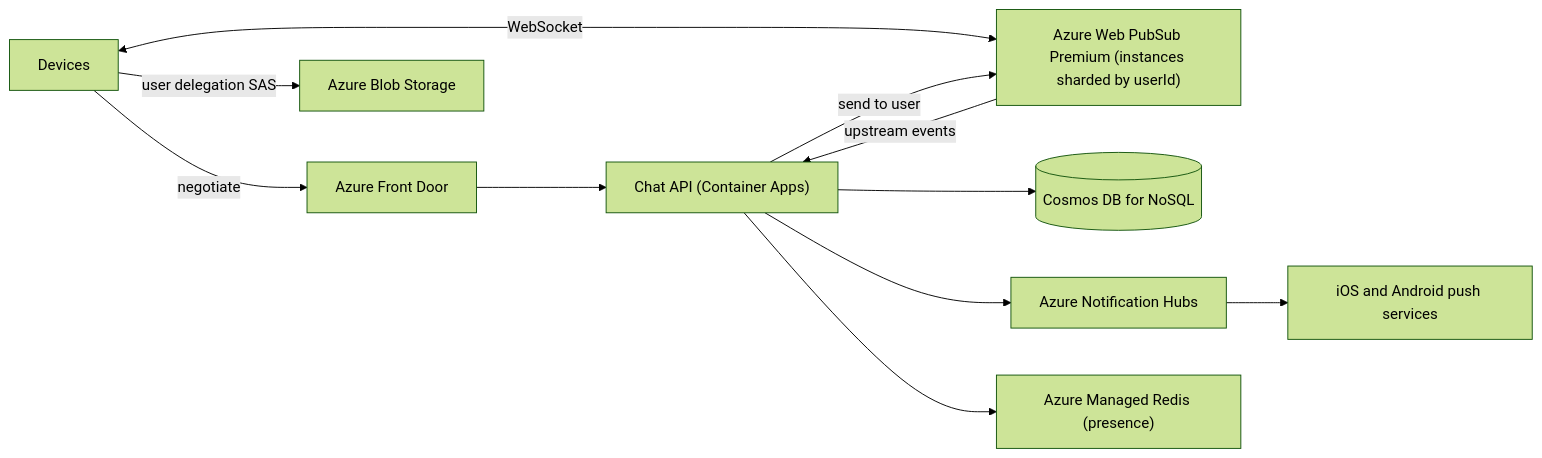
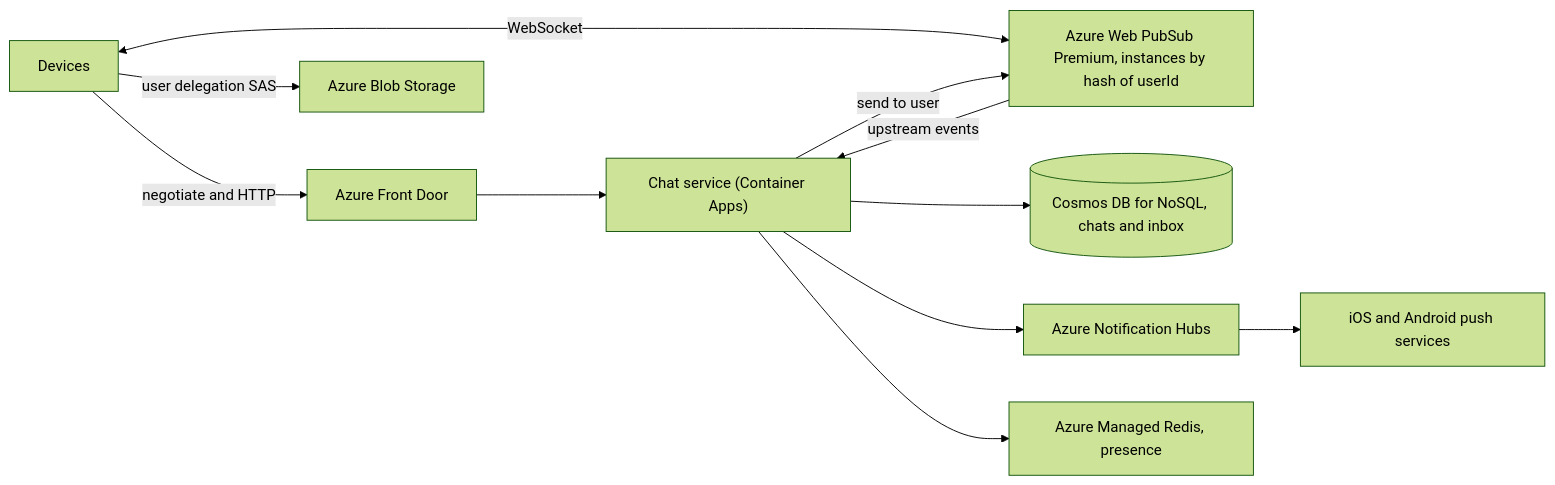
The tenth of 10 diagrams in docs/06-case-studies/chat-messaging.md (spabolu/system-design-modern), drawn with Mermaid (forest theme) before and after one commit. The commit also changed other lines of this file, not shown here.

Commit message:
Rewrite chat messaging case study as a mock interview

````diff
--- a/docs/06-case-studies/chat-messaging.md
+++ b/docs/06-case-studies/chat-messaging.md
@@ -144,13 +346,13 @@
 ```mermaid
 flowchart LR
-  D[Devices] -->|negotiate| FD[Azure Front Door]
-  FD --> API["Chat API (Container Apps)"]
-  D <-->|WebSocket| WPS["Azure Web PubSub Premium (instances sharded by userId)"]
+  D[Devices] -->|negotiate and HTTP| FD[Azure Front Door]
+  FD --> API["Chat service (Container Apps)"]
+  D <-->|WebSocket| WPS["Azure Web PubSub Premium, instances by hash of userId"]
   WPS -->|"upstream events"| API
-  API --> COS[("Cosmos DB for NoSQL")]
   API -->|"send to user"| WPS
+  API --> COS[("Cosmos DB for NoSQL, chats and inbox")]
   API --> NH[Azure Notification Hubs]
   NH --> PUSH["iOS and Android push services"]
-  API --> AMR["Azure Managed Redis (presence)"]
+  API --> AMR["Azure Managed Redis, presence"]
   D -->|"user delegation SAS"| BLOB[Azure Blob Storage]
 ```
````
